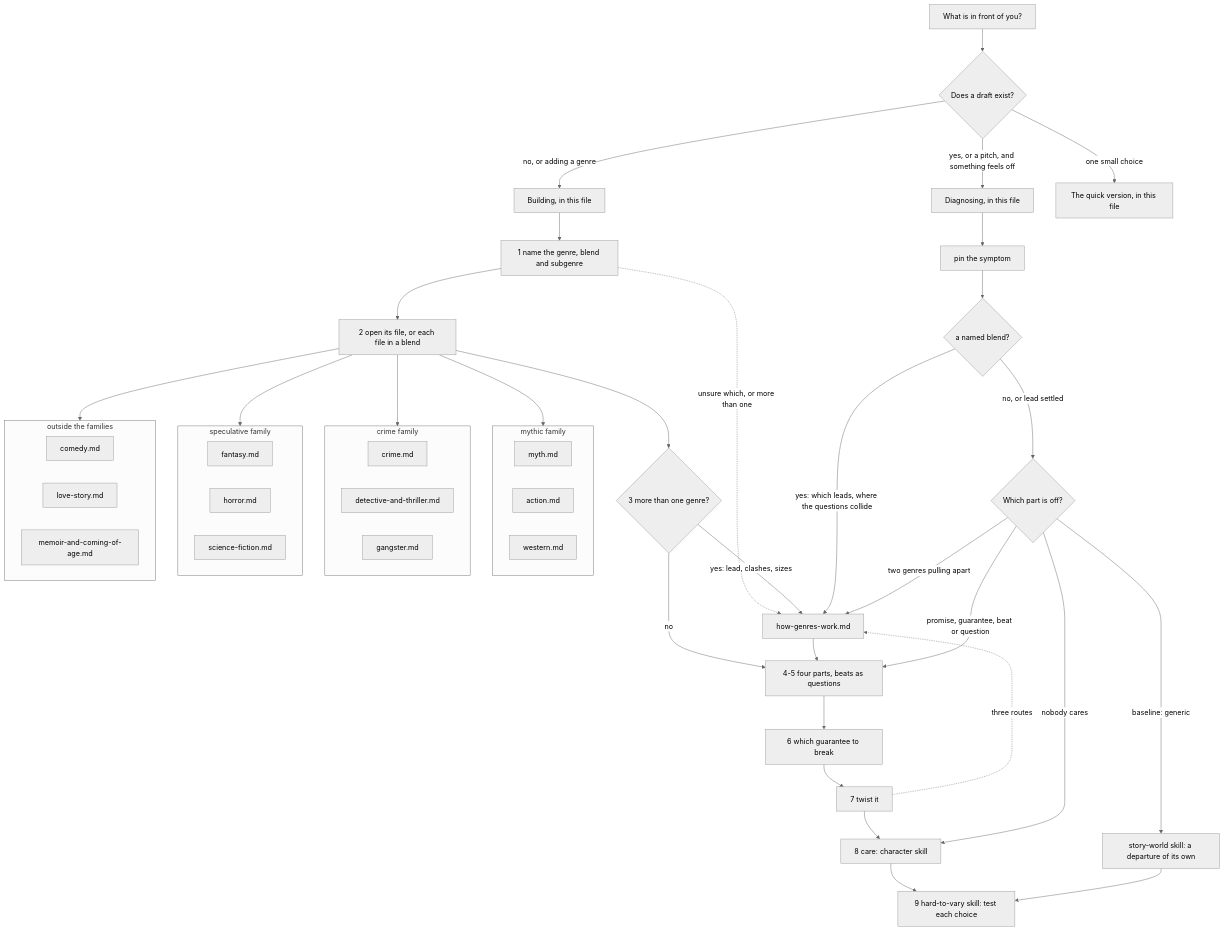
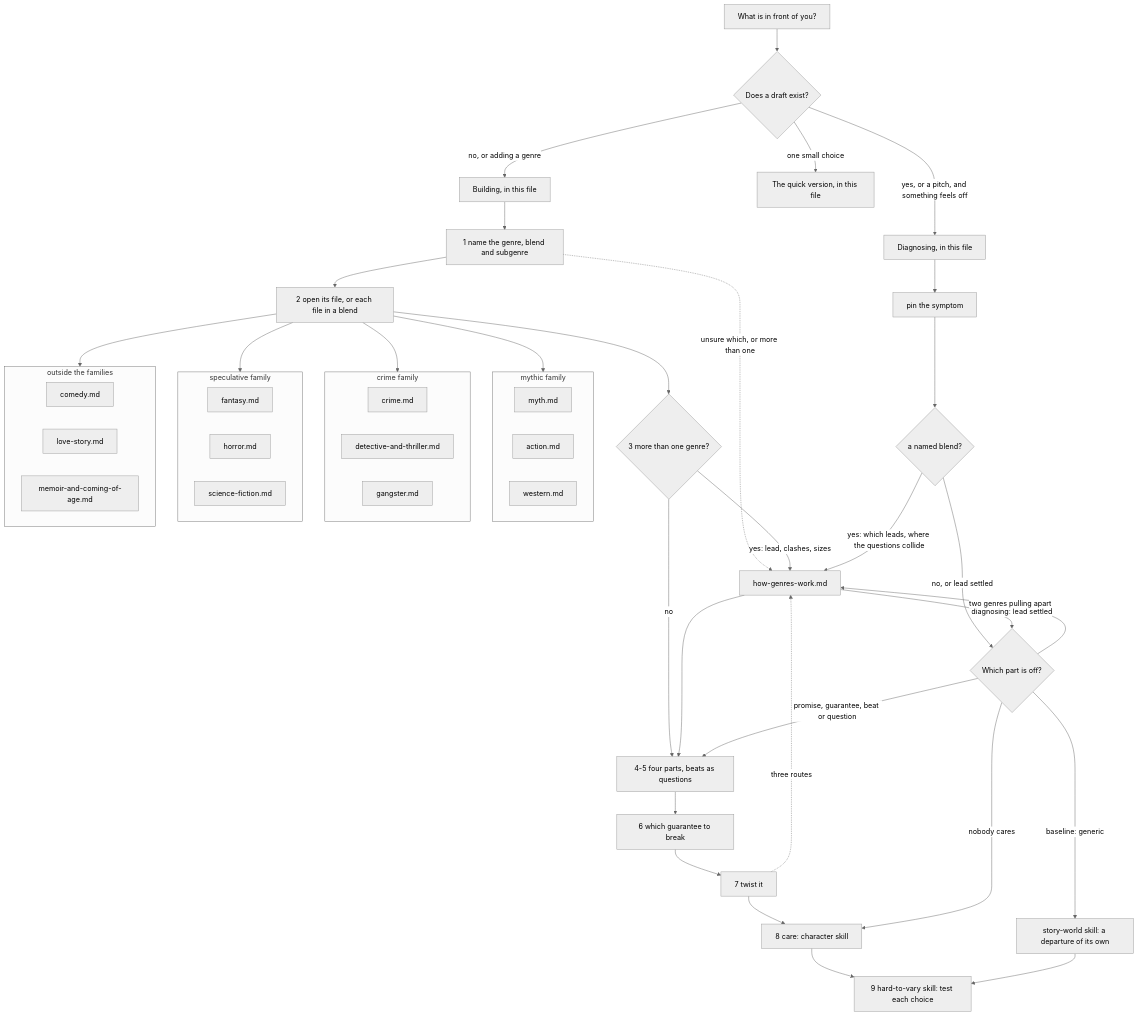
One commit to AHepi/StoryTest changed the diagram in .claude/skills/genre/SKILL.md. Above: the diagram before and after it, drawn with Mermaid (neutral theme). The commit also changed other lines of this file and 8 other files, not shown here.

````diff
--- a/.claude/skills/genre/SKILL.md
+++ b/.claude/skills/genre/SKILL.md
@@ -62,52 +62,53 @@
 ```mermaid
 flowchart TD
   S["What is in front of you?"] --> Q{"Does a draft exist?"}
   Q -->|no, or adding a genre| B["Building, in this file"]
   Q -->|yes, or a pitch, and something feels off| D["Diagnosing, in this file"]
   Q -->|one small choice| K["The quick version, in this file"]
   B --> N["1 name the genre, blend and subgenre"]
   N -.->|unsure which, or more than one| HW["how-genres-work.md"]
   N --> F["2 open its file, or each file in a blend"]
   F --> FM
   F --> FC
   F --> FS
   F --> FO
   subgraph FM["mythic family"]
     MY["myth.md"]
     AC["action.md"]
     WE["western.md"]
   end
   subgraph FC["crime family"]
     CR["crime.md"]
     DT["detective-and-thriller.md"]
     GA["gangster.md"]
   end
   subgraph FS["speculative family"]
     FA["fantasy.md"]
     HO["horror.md"]
     SF["science-fiction.md"]
   end
   subgraph FO["outside the families"]
     CO["comedy.md"]
     LO["love-story.md"]
     ME["memoir-and-coming-of-age.md"]
   end
   F --> M{"3 more than one genre?"}
   M -->|yes: lead, clashes, sizes| HW
   M -->|no| R["4-5 four parts, beats as questions"]
   HW --> R
   R --> G["6 which guarantee to break"]
   G --> T["7 twist it"]
   T -.->|three routes| HW
   T --> C["8 care: character skill"]
   C --> H["9 hard-to-vary skill: test each choice"]
   D --> P["pin the symptom"]
   P --> L{"a named blend?"}
   L -->|yes: which leads, where the questions collide| HW
   L -->|no, or lead settled| W{"Which part is off?"}
+  HW -->|diagnosing: lead settled| W
   W -->|baseline: generic| SW["story-world skill: a departure of its own"]
   W -->|promise, guarantee, beat or question| R
   W -->|two genres pulling apart| HW
   W -->|nobody cares| C
   SW --> H
 ```
````
